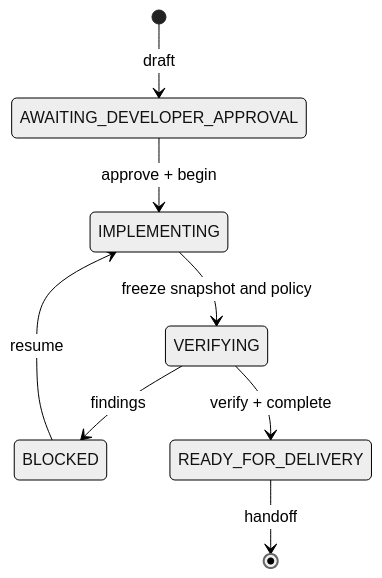
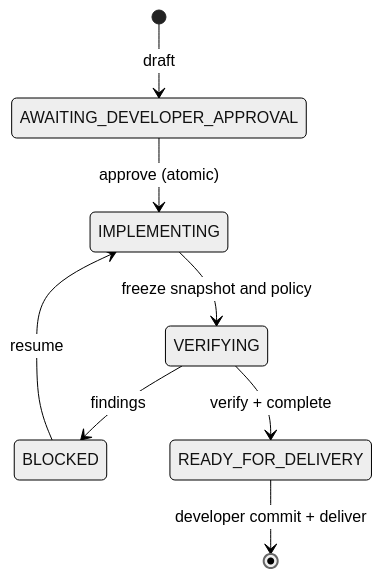
Before and after one commit to rabee-elkholy/android-agent-harness: the diagram in docs/architecture.md, drawn with Mermaid (neutral theme). The commit also changed other lines of this file and 45 other files, not shown here.

````diff
--- a/docs/architecture.md
+++ b/docs/architecture.md
@@ -5,10 +9,10 @@
 ```mermaid
 stateDiagram-v2
     [*] --> AWAITING_DEVELOPER_APPROVAL: draft
-    AWAITING_DEVELOPER_APPROVAL --> IMPLEMENTING: approve + begin
+    AWAITING_DEVELOPER_APPROVAL --> IMPLEMENTING: approve (atomic)
     IMPLEMENTING --> VERIFYING: freeze snapshot and policy
     VERIFYING --> BLOCKED: findings
     BLOCKED --> IMPLEMENTING: resume
     VERIFYING --> READY_FOR_DELIVERY: verify + complete
-    READY_FOR_DELIVERY --> [*]: handoff
+    READY_FOR_DELIVERY --> [*]: developer commit + deliver
 ```
````
